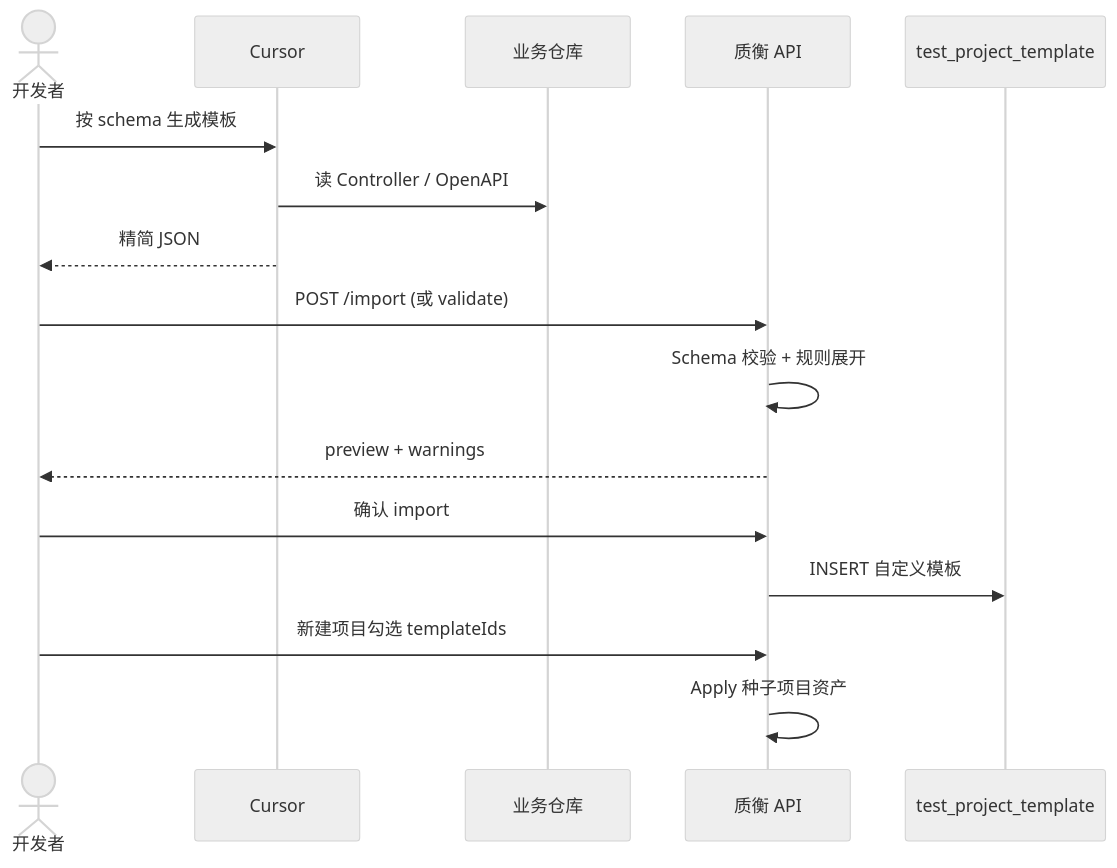
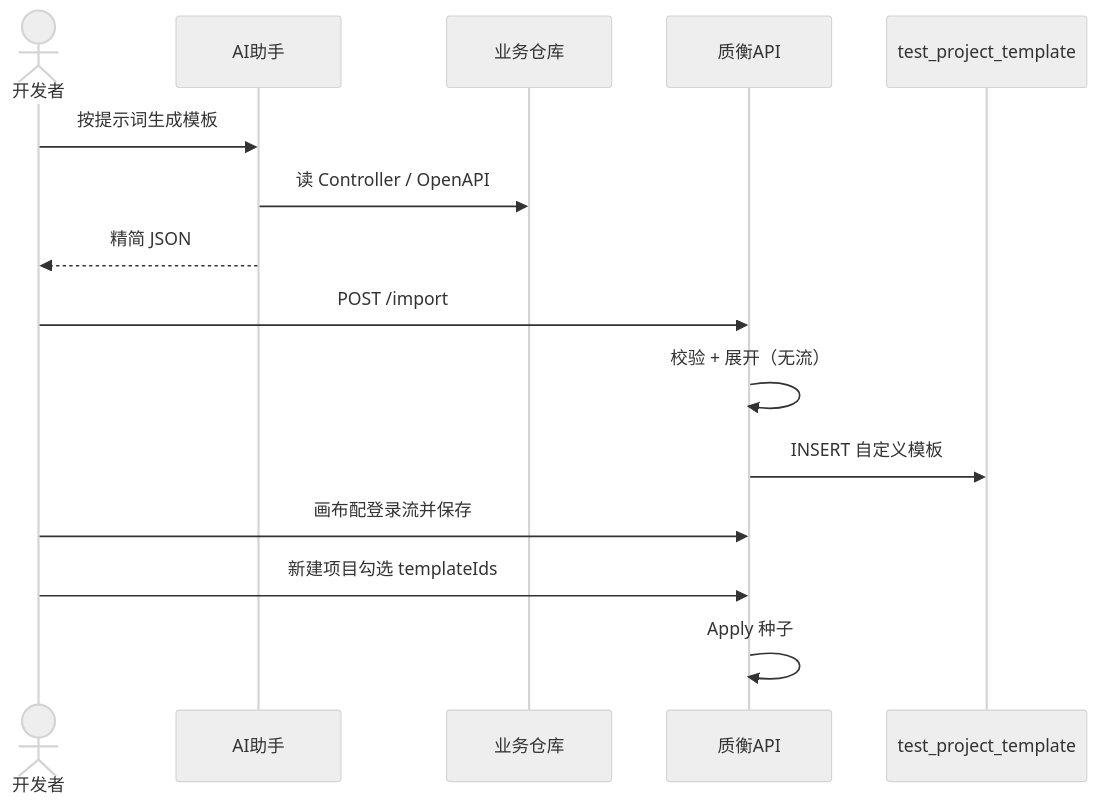
The fifth of 5 diagrams in docs/项目模板快速配置方案.md (qualitest-hq/qualitest), drawn with Mermaid (neutral theme) before and after one commit. The commit also changed other lines of this file and 16 other files, not shown here.

````diff
--- a/docs/项目模板快速配置方案.md
+++ b/docs/项目模板快速配置方案.md
@@ -484,19 +393,18 @@
 ```mermaid
 sequenceDiagram
   actor Dev as 开发者
-  participant Cursor as Cursor
+  participant AI as AI助手
   participant Repo as 业务仓库
-  participant Q as 质衡 API
+  participant Q as 质衡API
   participant DB as test_project_template
 
-  Dev->>Cursor: 按 schema 生成模板
-  Cursor->>Repo: 读 Controller / OpenAPI
-  Cursor-->>Dev: 精简 JSON
-  Dev->>Q: POST /import (或 validate)
-  Q->>Q: Schema 校验 + 规则展开
-  Q-->>Dev: preview + warnings
-  Dev->>Q: 确认 import
+  Dev->>AI: 按提示词生成模板
+  AI->>Repo: 读 Controller / OpenAPI
+  AI-->>Dev: 精简 JSON
+  Dev->>Q: POST /import
+  Q->>Q: 校验 + 展开（无流）
   Q->>DB: INSERT 自定义模板
+  Dev->>Q: 画布配登录流并保存
   Dev->>Q: 新建项目勾选 templateIds
-  Q->>Q: Apply 种子项目资产
+  Q->>Q: Apply 种子
 ```
````
